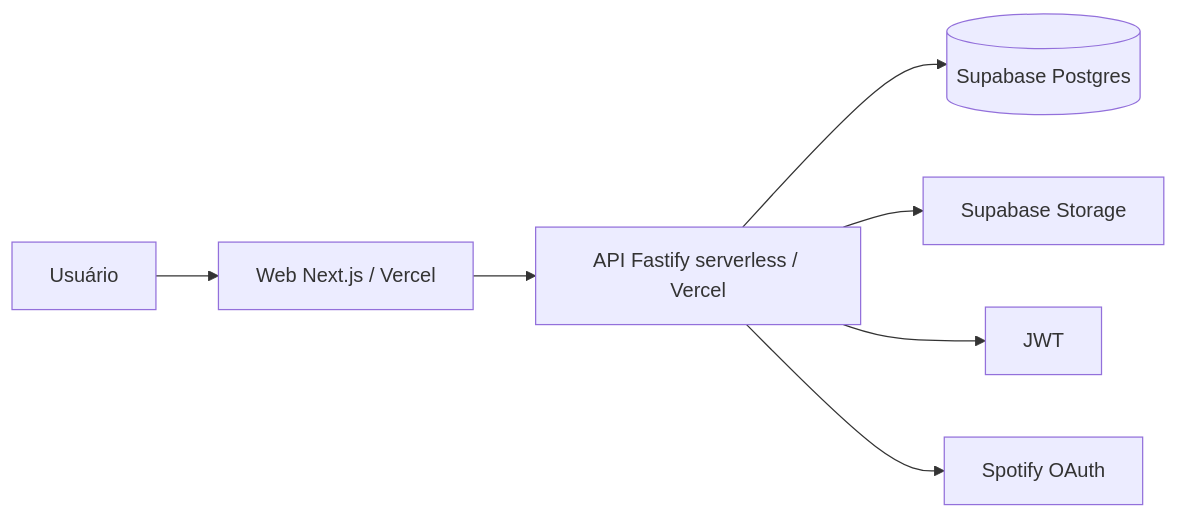
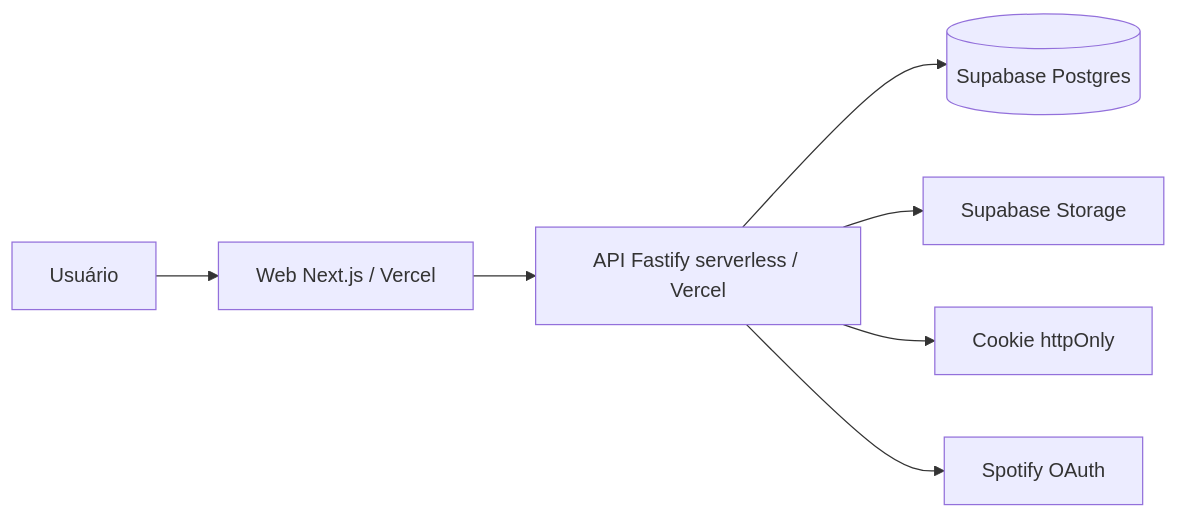
Before and after one commit to Jean-Griggi/radar-de-resenha: the diagram in README.md, drawn with Mermaid. The commit also changed other lines of this file and 8 other files, not shown here.

Commit message:
docs: record security cookie auth and modular stacks

````diff
--- a/README.md
+++ b/README.md
@@ -40,9 +40,9 @@
 ```mermaid
 flowchart LR
   U[Usuário] --> WEB[Web Next.js / Vercel]
   WEB --> API[API Fastify serverless / Vercel]
   API --> DB[(Supabase Postgres)]
   API --> FILES[Supabase Storage]
-  API --> AUTH[JWT]
+  API --> AUTH[Cookie httpOnly]
   API --> SPOTIFY[Spotify OAuth]
 ```
````
